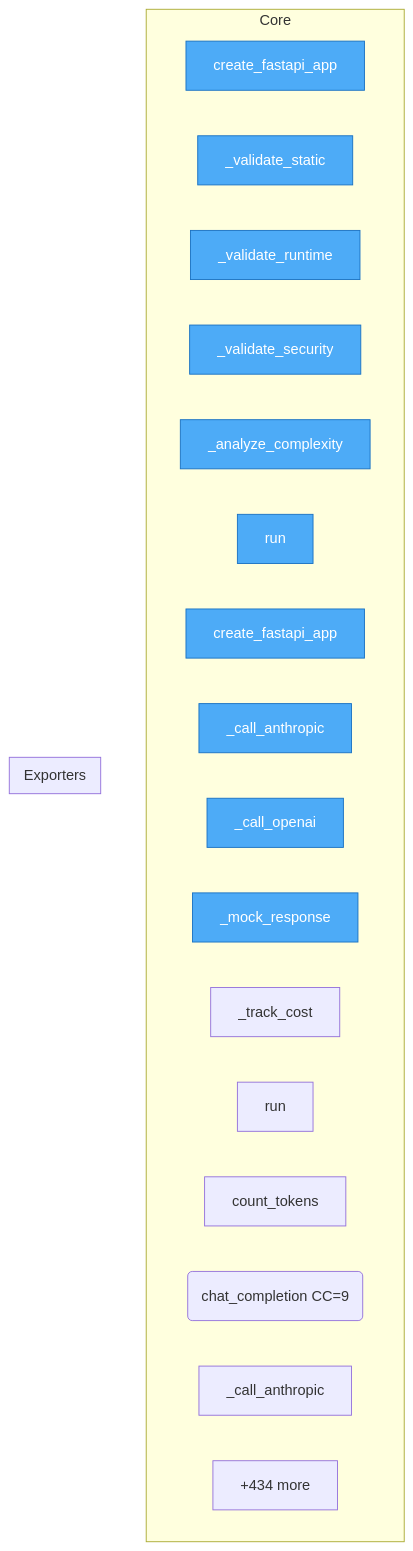
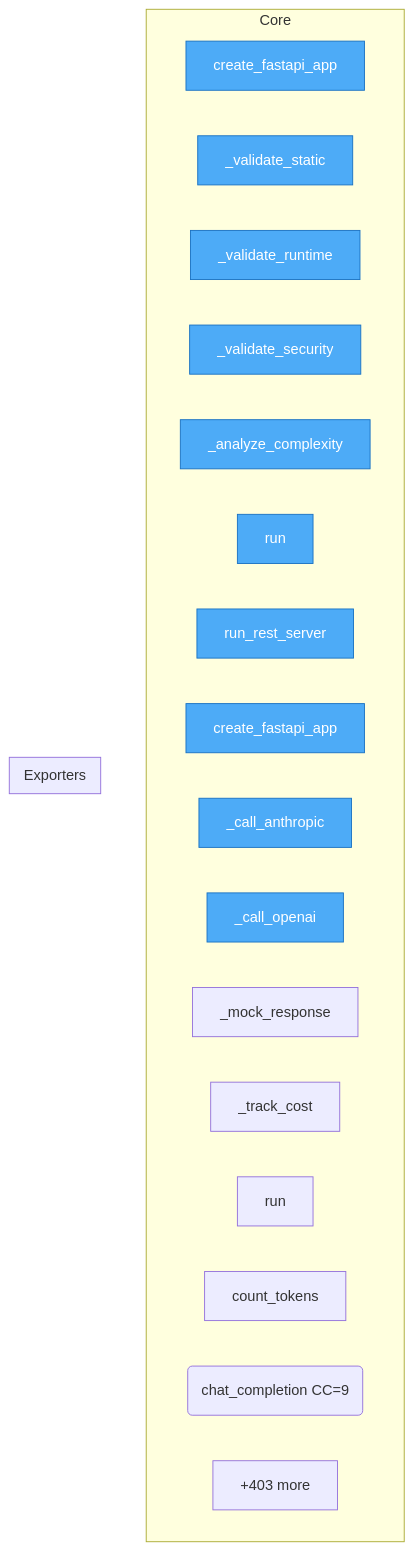
Before and after one commit to semcod/algitex: the diagram in project/flow.mmd, drawn with Mermaid. The commit also changed 36 other files, not shown here.

```diff
--- a/project/flow.mmd
+++ b/project/flow.mmd
@@ -1,28 +1,28 @@
 flowchart TD
 
     %% Entry points (blue)
     classDef entry fill:#4dabf7,stroke:#1971c2,color:#fff
 
     subgraph Core
         docker__vallm__vallm_server__VallmServer__create_fastapi_app["create_fastapi_app"]
         docker__vallm__vallm_server__VallmServer___validate_static["_validate_static"]
         docker__vallm__vallm_server__VallmServer___validate_runtime["_validate_runtime"]
         docker__vallm__vallm_server__VallmServer___validate_security["_validate_security"]
         docker__vallm__vallm_server__VallmServer___analyze_complexity["_analyze_complexity"]
         docker__vallm__vallm_server__VallmServer__run["run"]
+        docker__vallm__vallm_mcp_server__run_rest_server["run_rest_server"]
         docker__proxym__proxym_server__ProxymServer__create_fastapi_app["create_fastapi_app"]
         docker__proxym__proxym_server__ProxymServer___call_anthropic["_call_anthropic"]
         docker__proxym__proxym_server__ProxymServer___call_openai["_call_openai"]
         docker__proxym__proxym_server__ProxymServer___mock_response["_mock_response"]
         docker__proxym__proxym_server__ProxymServer___track_cost["_track_cost"]
         docker__proxym__proxym_server__ProxymServer__run["run"]
         docker__proxym__proxym_mcp_server__count_tokens["count_tokens"]
         docker__proxym__proxym_mcp_server__chat_completion("chat_completion CC=9")
-        docker__proxym__proxym_mcp_server___call_anthropic["_call_anthropic"]
-        ...["+434 more"]
+        ...["+403 more"]
     end
 
     subgraph Exporters
     end
 
-    class docker__vallm__vallm_server__VallmServer__create_fastapi_app,docker__vallm__vallm_server__VallmServer___validate_static,docker__vallm__vallm_server__VallmServer___validate_runtime,docker__vallm__vallm_server__VallmServer___validate_security,docker__vallm__vallm_server__VallmServer___analyze_complexity,docker__vallm__vallm_server__VallmServer__run,docker__proxym__proxym_server__ProxymServer__create_fastapi_app,docker__proxym__proxym_server__ProxymServer___call_anthropic,docker__proxym__proxym_server__ProxymServer___call_openai,docker__proxym__proxym_server__ProxymServer___mock_response entry
+    class docker__vallm__vallm_server__VallmServer__create_fastapi_app,docker__vallm__vallm_server__VallmServer___validate_static,docker__vallm__vallm_server__VallmServer___validate_runtime,docker__vallm__vallm_server__VallmServer___validate_security,docker__vallm__vallm_server__VallmServer___analyze_complexity,docker__vallm__vallm_server__VallmServer__run,docker__vallm__vallm_mcp_server__run_rest_server,docker__proxym__proxym_server__ProxymServer__create_fastapi_app,docker__proxym__proxym_server__ProxymServer___call_anthropic,docker__proxym__proxym_server__ProxymServer___call_openai entry
```
